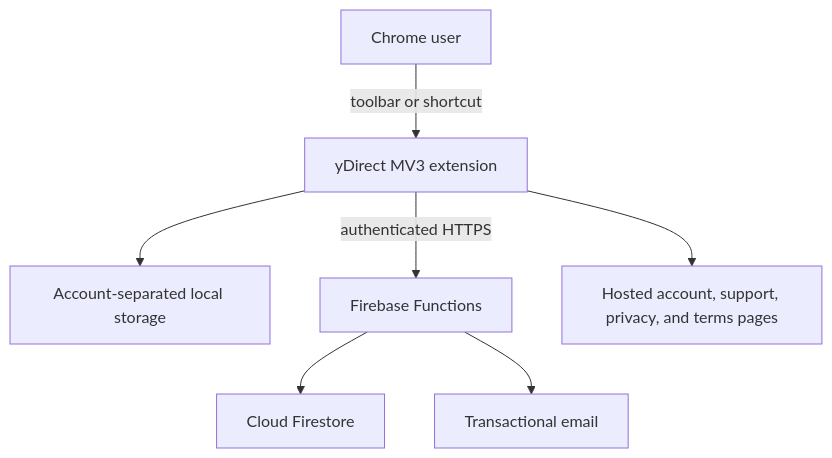
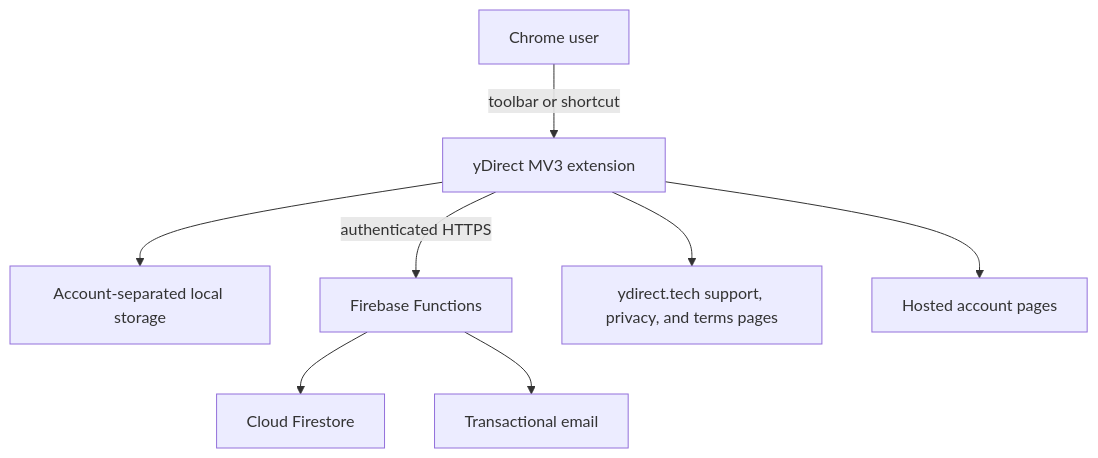
The second of 2 diagrams in README.md (abhay-yemekar/ydirect), drawn with Mermaid before and after one commit. The commit also changed other lines of this file and 1 other file, not shown here.

Commit message:
docs: show support, privacy and terms on ydirect.tech (#6)

````diff
--- a/README.md
+++ b/README.md
@@ -157,9 +157,10 @@
 ```mermaid
 flowchart TB
     U["Chrome user"] -->|"toolbar or shortcut"| X["yDirect MV3 extension"]
     X --> L["Account-separated local storage"]
     X -->|"authenticated HTTPS"| F["Firebase Functions"]
     F --> D["Cloud Firestore"]
     F --> E["Transactional email"]
-    X --> H["Hosted account, support, privacy, and terms pages"]
+    X --> H["ydirect.tech support, privacy, and terms pages"]
+    X --> A["Hosted account pages"]
 ```
````
